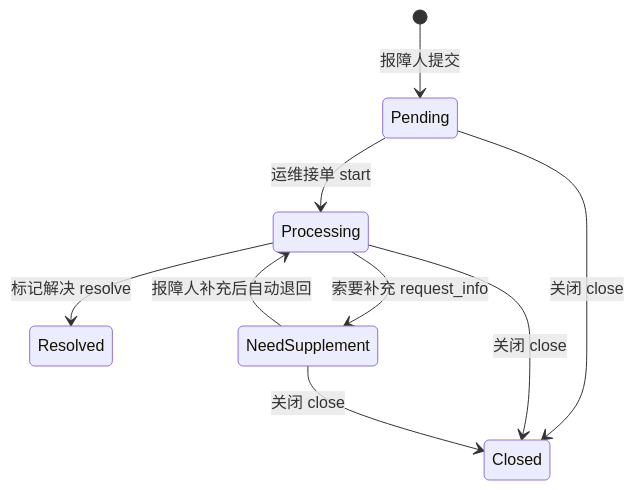
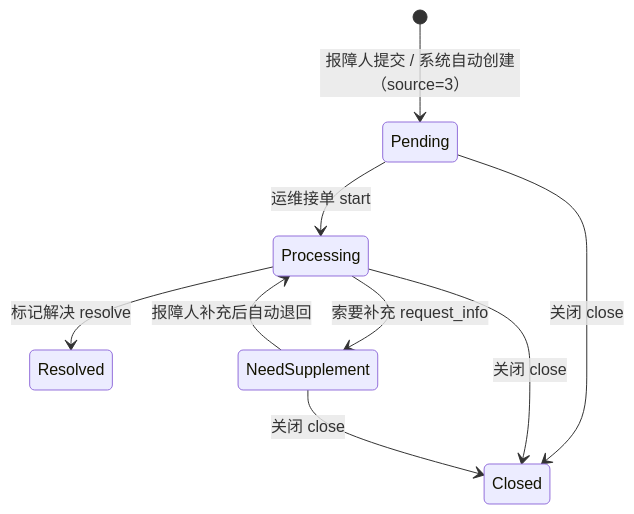
One commit to int2t05/Cognik changed the fifth of 6 diagrams in docs/PRD.md. Above: the diagram before and after it, drawn with Mermaid. The commit also changed other lines of this file and 14 other files, not shown here.

````diff
--- a/docs/PRD.md
+++ b/docs/PRD.md
@@ -102,11 +104,11 @@
 ```mermaid
 stateDiagram-v2
-    [*] --> Pending: 报障人提交
+    [*] --> Pending: 报障人提交 / 系统自动创建（source=3）
     Pending --> Processing: 运维接单 start
     Processing --> Resolved: 标记解决 resolve
     Processing --> NeedSupplement: 索要补充 request_info
     NeedSupplement --> Processing: 报障人补充后自动退回
     Pending --> Closed: 关闭 close
     Processing --> Closed: 关闭 close
     NeedSupplement --> Closed: 关闭 close
 ```
````
